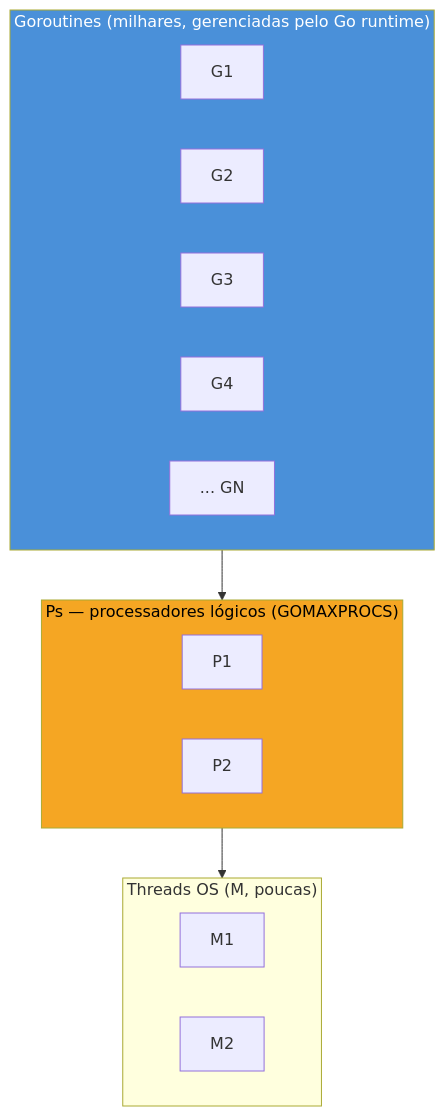
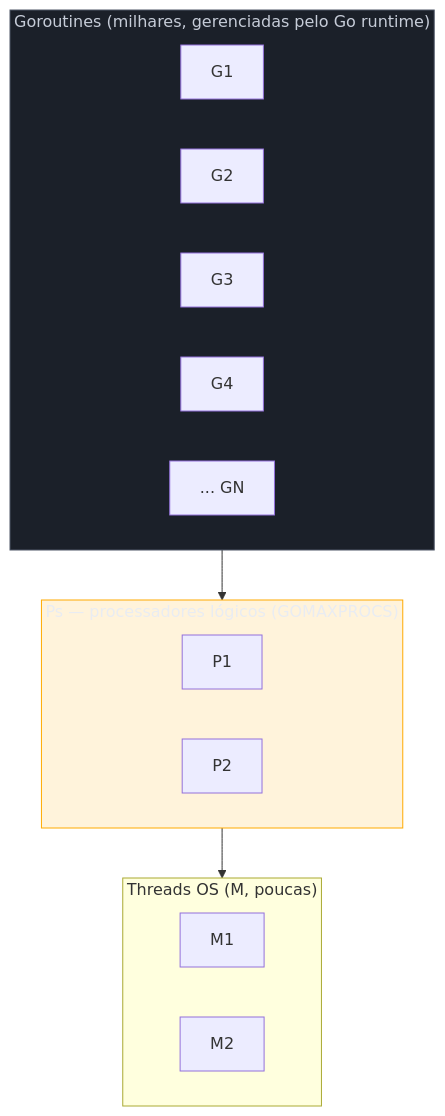
The second of 2 diagrams in 03-Dominios/Tecnologia/Go/21 - Preparação para entrevista de Go/02 - Perguntas conceituais clássicas.md (josenaldo/codex-technomanticus), drawn with Mermaid before and after one commit. The commit also changed other lines of this file and 1181 other files, not shown here.

First line of the commit message:
fix(diagramas): paleta do sistema no lugar de cor cravada no markdown

````diff
--- a/03-Dominios/Tecnologia/Go/21 - Preparação para entrevista de Go/02 - Perguntas conceituais clássicas.md
+++ b/03-Dominios/Tecnologia/Go/21 - Preparação para entrevista de Go/02 - Perguntas conceituais clássicas.md
@@ -131,23 +133,25 @@
 ```mermaid
 flowchart TB
+    classDef neutro fill:#1B2029,stroke:#4E5666,color:#C6CCD8
+    classDef destaque fill:#FFAA0024,stroke:#FFAA00,color:#E9ECF2
     subgraph G["Goroutines (milhares, gerenciadas pelo Go runtime)"]
         g1["G1"]
         g2["G2"]
         g3["G3"]
         g4["G4"]
         gN["... GN"]
     end
     subgraph P["Ps — processadores lógicos (GOMAXPROCS)"]
         p1["P1"]
         p2["P2"]
     end
     subgraph M["Threads OS (M, poucas)"]
         m1["M1"]
         m2["M2"]
     end
 
     G --> P --> M
 
-    style G fill:#4A90D9,color:#fff
-    style P fill:#F5A623,color:#000
+    class G neutro
+    class P destaque
 ```
````
